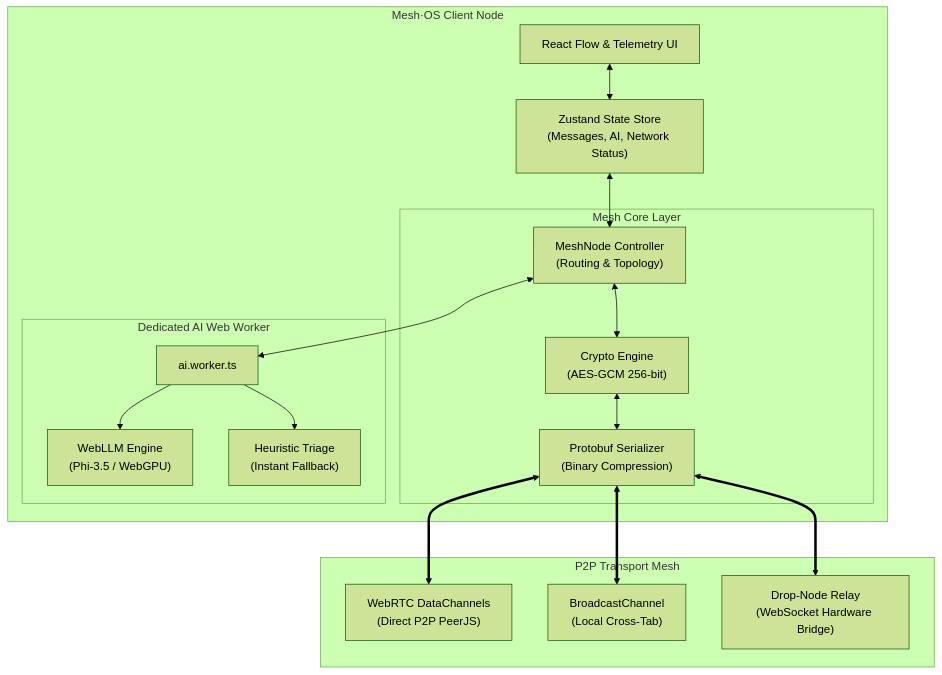
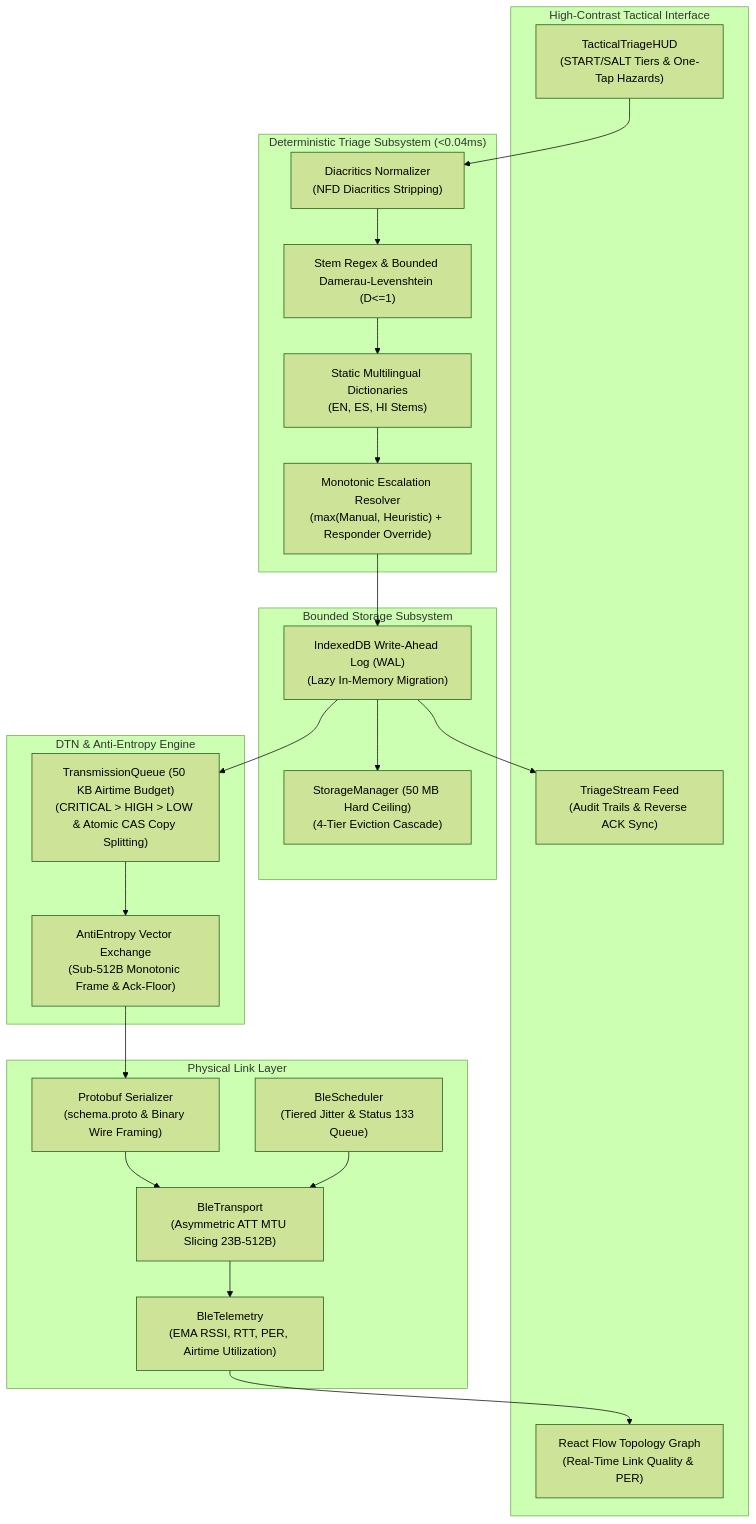
One commit to PTP063/sec-grid changed the diagram in README.md. Above: the diagram before and after it, drawn with Mermaid (forest theme). The commit also changed other lines of this file, not shown here.

Commit message:
docs: update README with deterministic START/SALT triage, DTN anti-entropy sync, and BLE architecture

````diff
--- a/README.md
+++ b/README.md
@@ -63,37 +47,44 @@
 ```mermaid
 flowchart TD
-    subgraph Browser Node ["Mesh·OS Client Node"]
-        UI["React Flow & Telemetry UI"]
-        Store["Zustand State Store\n(Messages, AI, Network Status)"]
-        
-        subgraph Core ["Mesh Core Layer"]
-            MeshNode["MeshNode Controller\n(Routing & Topology)"]
-            Crypto["Crypto Engine\n(AES-GCM 256-bit)"]
-            Proto["Protobuf Serializer\n(Binary Compression)"]
-        end
-
-        subgraph Worker ["Dedicated AI Web Worker"]
-            AIWorker["ai.worker.ts"]
-            WebLLM["WebLLM Engine\n(Phi-3.5 / WebGPU)"]
-            Heuristics["Heuristic Triage\n(Instant Fallback)"]
-        end
-
-        UI <--> Store
-        Store <--> MeshNode
-        MeshNode <--> Crypto
-        Crypto <--> Proto
-        MeshNode <--> AIWorker
-        AIWorker --> WebLLM
-        AIWorker --> Heuristics
+    subgraph UI ["High-Contrast Tactical Interface"]
+        HUD["TacticalTriageHUD\n(START/SALT Tiers & One-Tap Hazards)"]
+        Graph["React Flow Topology Graph\n(Real-Time Link Quality & PER)"]
+        Stream["TriageStream Feed\n(Audit Trails & Reverse ACK Sync)"]
     end
 
-    subgraph External Links ["P2P Transport Mesh"]
-        RTC["WebRTC DataChannels\n(Direct P2P PeerJS)"]
-        BC["BroadcastChannel\n(Local Cross-Tab)"]
-        DropNode["Drop-Node Relay\n(WebSocket Hardware Bridge)"]
+    subgraph Triage ["Deterministic Triage Subsystem (<0.04ms)"]
+        Normalizer["Diacritics Normalizer\n(NFD Diacritics Stripping)"]
+        Tokenizer["Stem Regex & Bounded Damerau-Levenshtein (D<=1)"]
+        Lexicons["Static Multilingual Dictionaries\n(EN, ES, HI Stems)"]
+        Escalation["Monotonic Escalation Resolver\n(max(Manual, Heuristic) + Responder Override)"]
     end
 
-    Proto <==> RTC
-    Proto <==> BC
-    Proto <==> DropNode
+    subgraph Storage ["Bounded Storage Subsystem"]
+        WAL["IndexedDB Write-Ahead Log (WAL)\n(Lazy In-Memory Migration)"]
+        StorageMgr["StorageManager (50 MB Hard Ceiling)\n(4-Tier Eviction Cascade)"]
+    end
+
+    subgraph DTN ["DTN & Anti-Entropy Engine"]
+        VectorSync["AntiEntropy Vector Exchange\n(Sub-512B Monotonic Frame & Ack-Floor)"]
+        TxQueue["TransmissionQueue (50 KB Airtime Budget)\n(CRITICAL > HIGH > LOW & Atomic CAS Copy Splitting)"]
+    end
+
+    subgraph Transport ["Physical Link Layer"]
+        BleSched["BleScheduler\n(Tiered Jitter & Status 133 Queue)"]
+        BleTrans["BleTransport\n(Asymmetric ATT MTU Slicing 23B-512B)"]
+        Telemetry["BleTelemetry\n(EMA RSSI, RTT, PER, Airtime Utilization)"]
+        Proto["Protobuf Serializer\n(schema.proto & Binary Wire Framing)"]
+    end
+
+    HUD --> Normalizer --> Tokenizer --> Lexicons --> Escalation
+    Escalation --> WAL
+    WAL --> StorageMgr
+    WAL --> TxQueue
+    TxQueue --> VectorSync
+    VectorSync --> Proto
+    Proto --> BleTrans
+    BleSched --> BleTrans
+    BleTrans --> Telemetry
+    Telemetry --> Graph
+    WAL --> Stream
 ```
````
